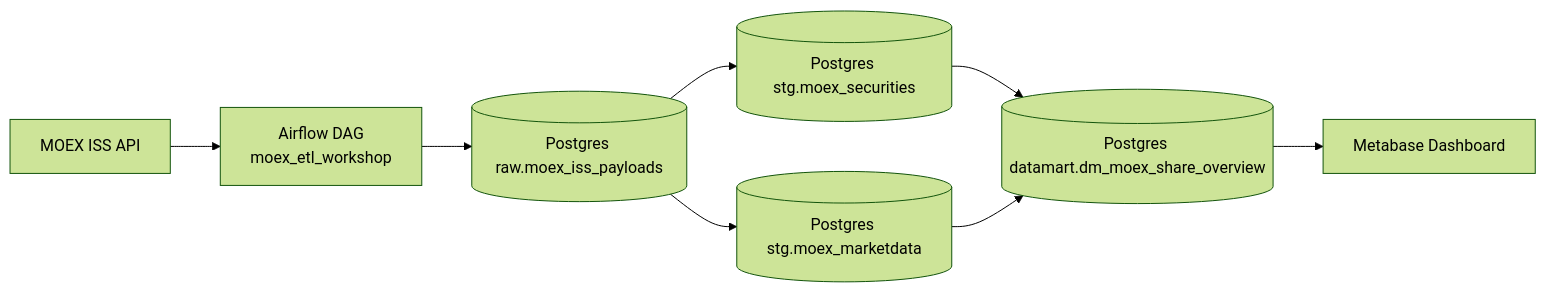
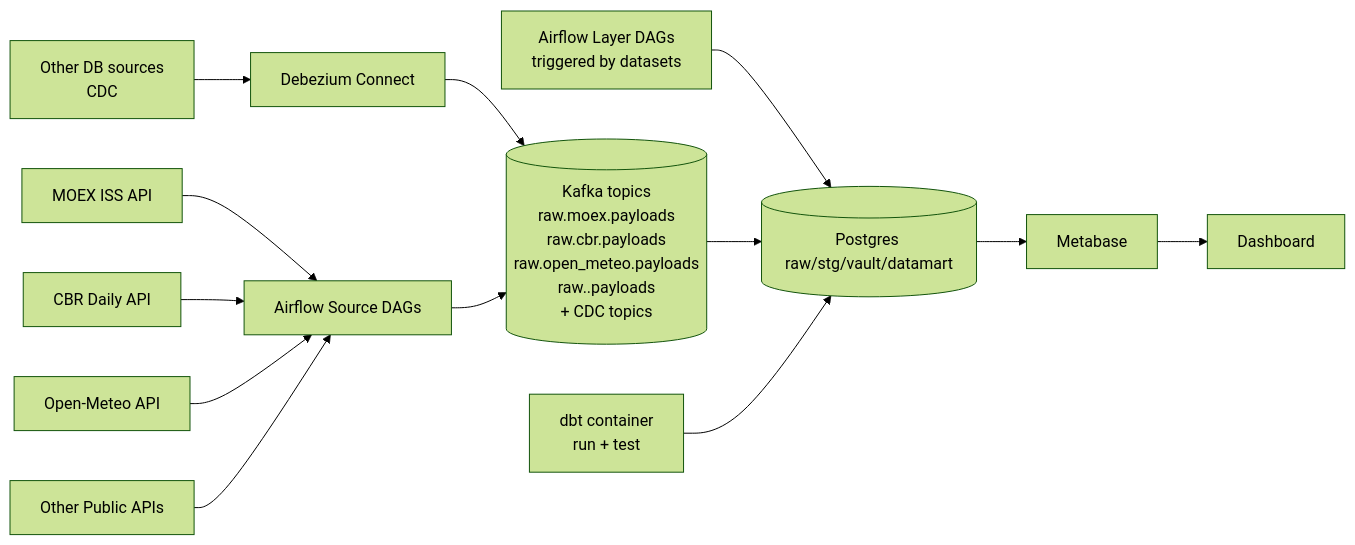
One commit to 4god/moex-etl changed the first of 3 diagrams in docs/architecture.md. Above: the diagram before and after it, drawn with Mermaid (forest theme). The commit also changed other lines of this file and 72 other files, not shown here.

First line of the commit message:
Restructure pipelines by source and layer orchestration.

````diff
--- a/docs/architecture.md
+++ b/docs/architecture.md
@@ -5,10 +7,15 @@
 ```mermaid
 flowchart LR
-    A[MOEX ISS API] --> B[Airflow DAG<br/>moex_etl_workshop]
-    B --> C[(Postgres raw.moex_iss_payloads)]
-    C --> D[(Postgres stg.moex_securities)]
-    C --> E[(Postgres stg.moex_marketdata)]
-    D --> F[(Postgres datamart.dm_moex_share_overview)]
-    E --> F
-    F --> G[Metabase Dashboard]
+    A[MOEX ISS API] --> C[Airflow Source DAGs]
+    B[CBR Daily API] --> C
+    H[Open-Meteo API] --> C
+    X[Other Public APIs] --> C
+    J[Other DB sources<br/>CDC] --> DBC[Debezium Connect]
+    DBC --> K
+    C --> K[(Kafka topics<br/>raw.moex.payloads<br/>raw.cbr.payloads<br/>raw.open_meteo.payloads<br/>raw.<new_source>.payloads<br/>+ CDC topics)]
+    C2[Airflow Layer DAGs<br/>triggered by datasets] --> D
+    K --> D[(Postgres raw/stg/vault/datamart)]
+    E[dbt container<br/>run + test] --> D
+    D --> F[Metabase]
+    F --> G[Dashboard]
 ```
````
